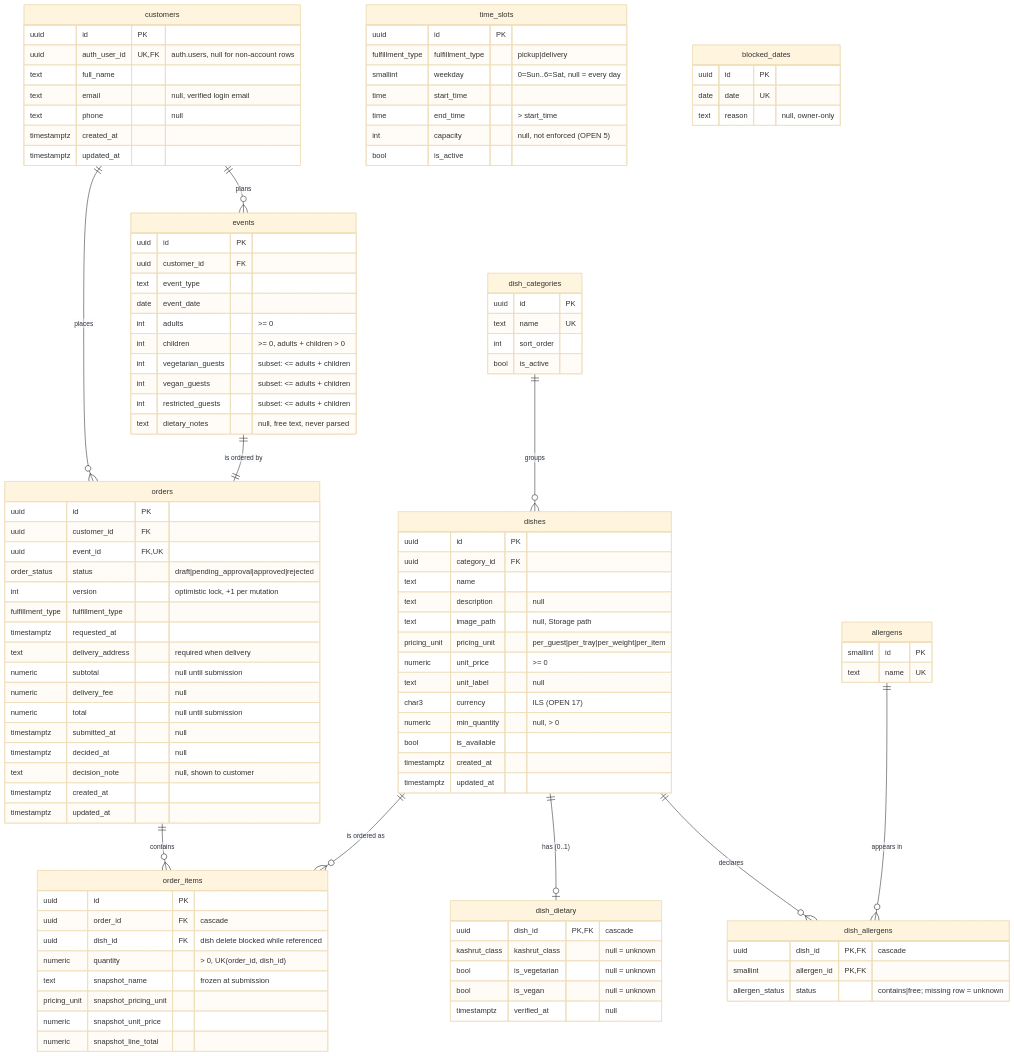
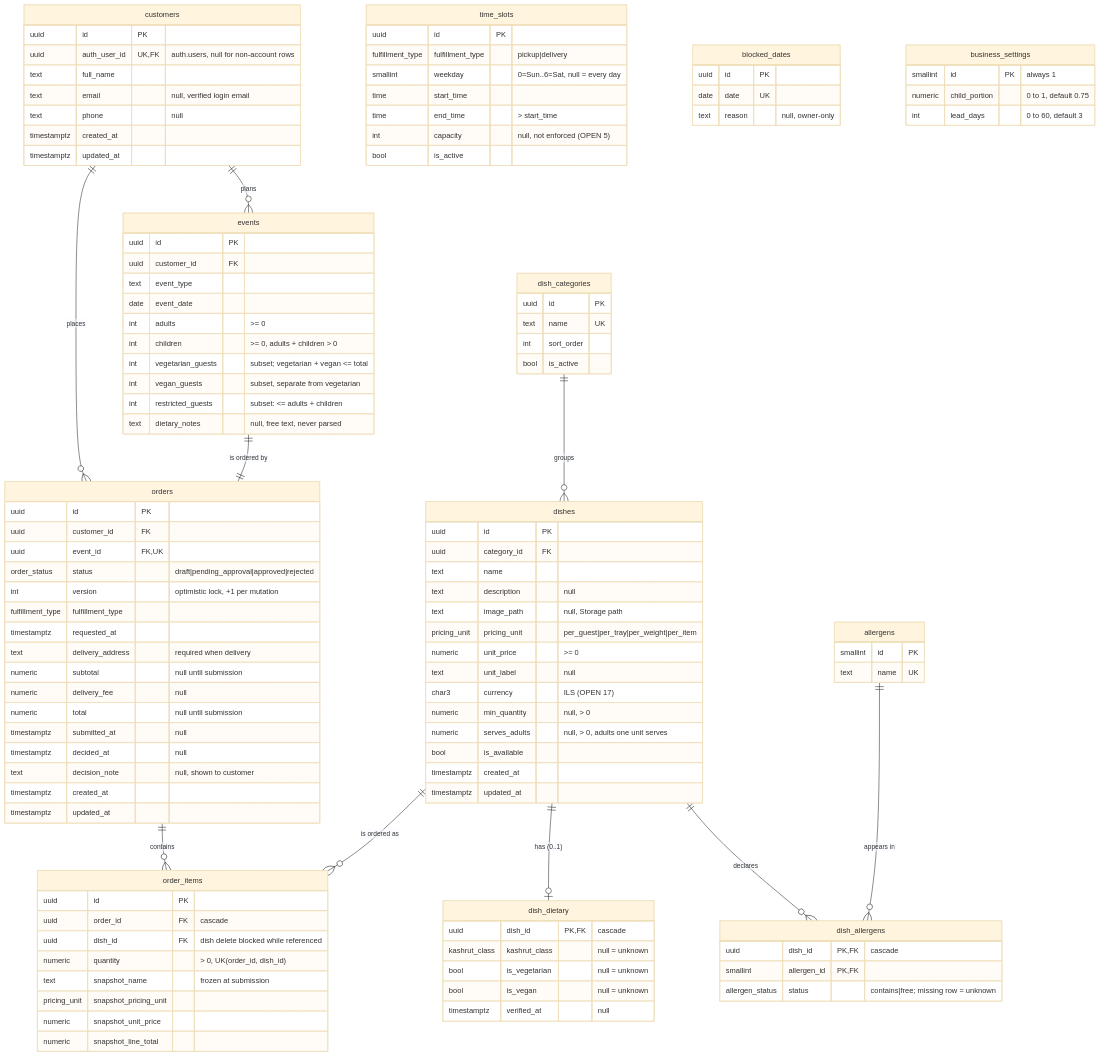
The first of 2 diagrams in docs/ERD.md (JonathanZouari/ai-catering-platform), drawn with Mermaid (base theme) before and after one commit. The commit also changed other lines of this file and 34 other files, not shown here.

```diff
--- a/docs/ERD.md
+++ b/docs/ERD.md
@@ -35,6 +35,7 @@
         text unit_label "null"
         char3 currency "ILS (OPEN 17)"
         numeric min_quantity "null, > 0"
+        numeric serves_adults "null, > 0, adults one unit serves"
         bool is_available
         timestamptz created_at
         timestamptz updated_at
@@ -85,8 +86,8 @@
         date event_date
         int adults ">= 0"
         int children ">= 0, adults + children > 0"
-        int vegetarian_guests "subset: <= adults + children"
-        int vegan_guests "subset: <= adults + children"
+        int vegetarian_guests "subset; vegetarian + vegan <= total"
+        int vegan_guests "subset, separate from vegetarian"
         int restricted_guests "subset: <= adults + children"
         text dietary_notes "null, free text, never parsed"
     }
@@ -108,6 +109,11 @@
         timestamptz created_at
         timestamptz updated_at
     }
+    business_settings {
+        smallint id PK "always 1"
+        numeric child_portion "0 to 1, default 0.75"
+        int lead_days "0 to 60, default 3"
+    }
     order_items {
         uuid id PK
         uuid order_id FK "cascade"
```
